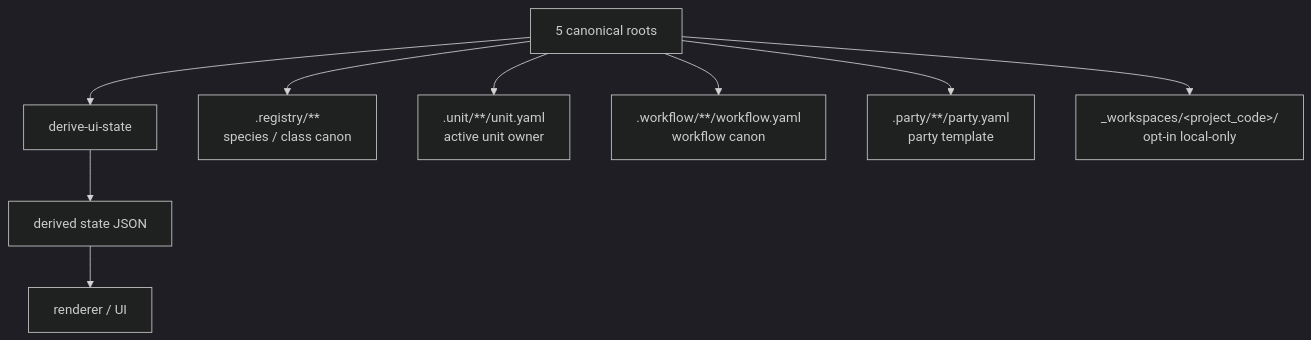
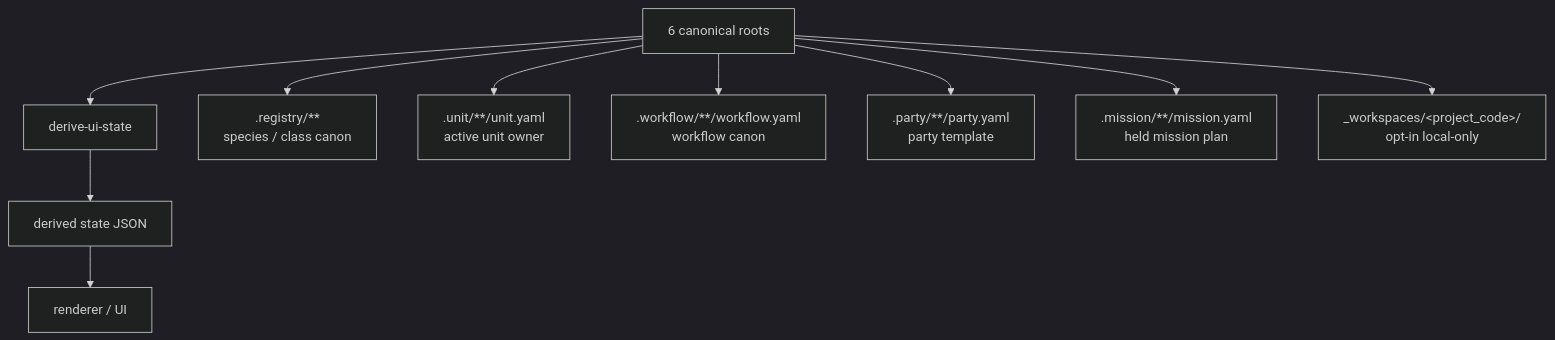
One commit to SungYongMOON/soulforge changed the diagram in docs/architecture/ui/UI_SOURCE_MAP.md. Above: the diagram before and after it, drawn with Mermaid (dark theme). The commit also changed other lines of this file and 27 other files, not shown here.

````diff
--- a/docs/architecture/ui/UI_SOURCE_MAP.md
+++ b/docs/architecture/ui/UI_SOURCE_MAP.md
@@ -18,11 +18,12 @@
 ```mermaid
 flowchart TD
-  SRC["5 canonical roots"] --> DR["derive-ui-state"]
+  SRC["6 canonical roots"] --> DR["derive-ui-state"]
   DR --> DS["derived state JSON"]
   DS --> UI["renderer / UI"]
   SRC --> A[".registry/**<br/>species / class canon"]
   SRC --> U[".unit/**/unit.yaml<br/>active unit owner"]
   SRC --> W[".workflow/**/workflow.yaml<br/>workflow canon"]
   SRC --> P[".party/**/party.yaml<br/>party template"]
+  SRC --> M[".mission/**/mission.yaml<br/>held mission plan"]
   SRC --> X["_workspaces/&lt;project_code&gt;/<br/>opt-in local-only"]
 ```
````
